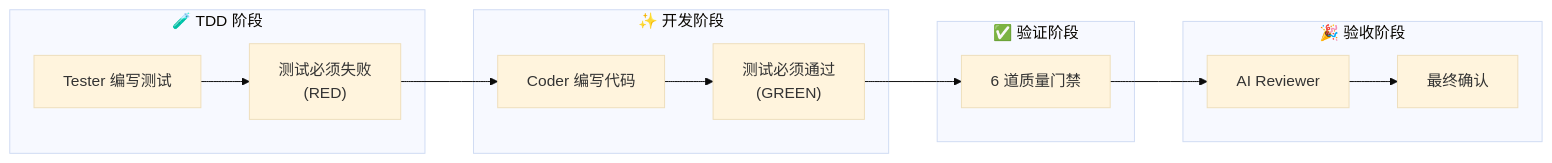
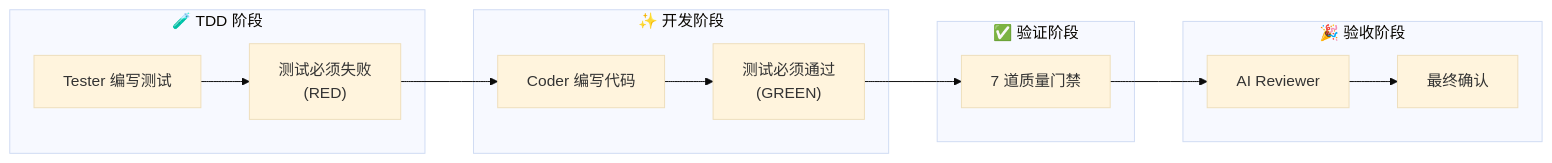
Before and after one commit to bigfish1913/openmatrix: the second of 10 diagrams in docs/FLOW.md, drawn with Mermaid (base theme). The commit also changed other lines of this file and 2 other files, not shown here.

````diff
--- a/docs/FLOW.md
+++ b/docs/FLOW.md
@@ -49,23 +49,23 @@
 ```mermaid
 flowchart LR
     subgraph TDD["🧪 TDD 阶段"]
         T1["Tester 编写测试"]
         T2["测试必须失败<br/>(RED)"]
     end
 
     subgraph Dev["✨ 开发阶段"]
         D1["Coder 编写代码"]
         D2["测试必须通过<br/>(GREEN)"]
     end
 
     subgraph Ver["✅ 验证阶段"]
-        V1["6 道质量门禁"]
+        V1["7 道质量门禁"]
     end
 
     subgraph Acc["🎉 验收阶段"]
         A1["AI Reviewer"]
         A2["最终确认"]
     end
 
     T1 --> T2 --> D1 --> D2 --> V1 --> A1 --> A2
 ```
````
